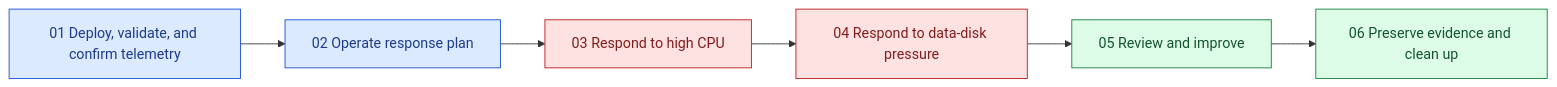
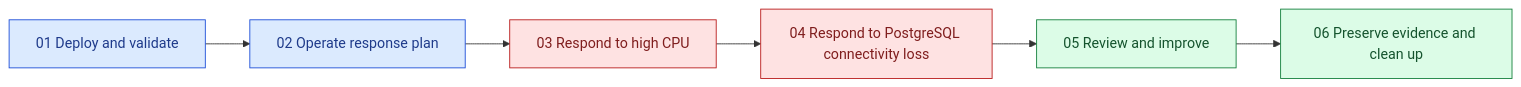
One commit to charliekw411/sre-agent-workshop changed the second of 2 diagrams in docs/index.md. Above: the diagram before and after it, drawn with Mermaid. The commit also changed other lines of this file and 63 other files, not shown here.

First line of the commit message:
feat: replace SQLite with private PostgreSQL throughout the workshop (#25)

````diff
--- a/docs/index.md
+++ b/docs/index.md
@@ -63,17 +99,17 @@
 ```mermaid
 flowchart LR
-    M1[01 Deploy, validate, and confirm telemetry]
+    M1[01 Deploy and validate]
     M1 --> M2[02 Operate response plan]
     M2 --> M3[03 Respond to high CPU]
-    M3 --> M4[04 Respond to data-disk pressure]
+    M3 --> M4[04 Respond to PostgreSQL connectivity loss]
     M4 --> M5[05 Review and improve]
     M5 --> M6[06 Preserve evidence and clean up]
 
     classDef setup fill:#dbeafe,stroke:#1d4ed8,color:#1e3a8a
     classDef incident fill:#fee2e2,stroke:#b91c1c,color:#7f1d1d
     classDef learn fill:#dcfce7,stroke:#15803d,color:#14532d
 
     class M1,M2 setup
     class M3,M4 incident
     class M5,M6 learn
 ```
````
